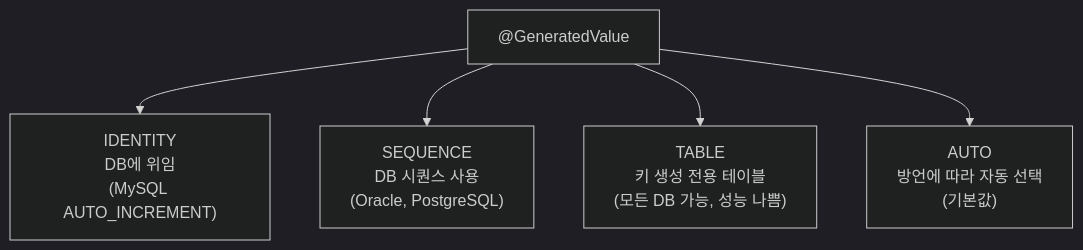
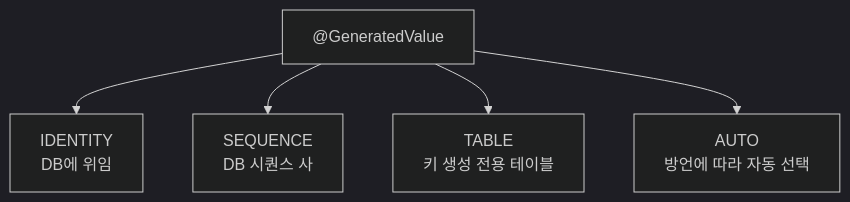
Before and after one commit to yjkim2015/yjkim2015.github.io: the second of 2 diagrams in _posts/jpa/2021-10-30-엔티티 매핑.md, drawn with Mermaid (dark theme). The commit also changed other lines of this file and 271 other files, not shown here.

First line of the commit message:
Mermaid 라벨 축소: 긴 노드 텍스트 18자 이하로 트림 + \n 제거

````diff
--- a/_posts/jpa/2021-10-30-엔티티 매핑.md
+++ b/_posts/jpa/2021-10-30-엔티티 매핑.md
@@ -219,8 +219,8 @@
 ```mermaid
 graph TD
     GV["@GeneratedValue"]
-    GV --> ID["IDENTITY\nDB에 위임\n(MySQL AUTO_INCREMENT)"]
-    GV --> SEQ["SEQUENCE\nDB 시퀀스 사용\n(Oracle, PostgreSQL)"]
-    GV --> TBL["TABLE\n키 생성 전용 테이블\n(모든 DB 가능, 성능 나쁨)"]
-    GV --> AUTO["AUTO\n방언에 따라 자동 선택\n(기본값)"]
+    GV --> ID["IDENTITY\nDB에 위임\n"]
+    GV --> SEQ["SEQUENCE\nDB 시퀀스 사"]
+    GV --> TBL["TABLE\n키 생성 전용 테이블"]
+    GV --> AUTO["AUTO\n방언에 따라 자동 선택"]
 ```
````
